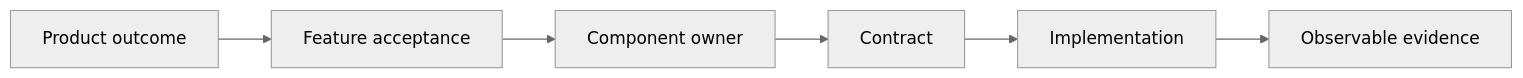
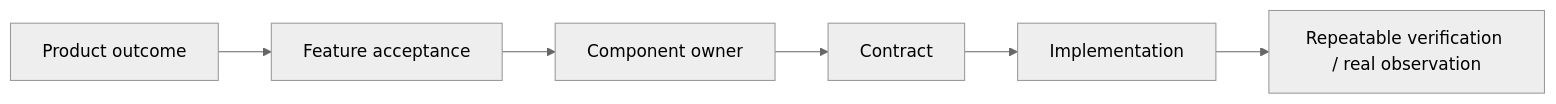
Before and after one commit to atomlink-ye/agent-server: the diagram in docs/agents/repository-orientation.md, drawn with Mermaid (neutral theme). The commit also changed other lines of this file and 10 other files, not shown here.

````diff
--- a/docs/agents/repository-orientation.md
+++ b/docs/agents/repository-orientation.md
@@ -14,8 +13,8 @@
 ```mermaid
 flowchart LR
-    P["Product outcome"] --> F["Feature acceptance"]
-    F --> C["Component owner"]
-    C --> K["Contract"]
-    K --> I["Implementation"]
-    I --> E["Observable evidence"]
+    P[Product outcome] --> F[Feature acceptance]
+    F --> C[Component owner]
+    C --> K[Contract]
+    K --> I[Implementation]
+    I --> V[Repeatable verification / real observation]
 ```
````
